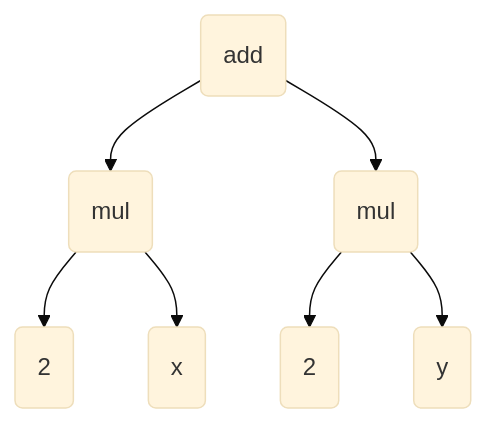
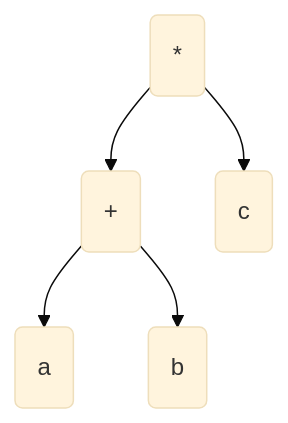
One commit to pengvyn/kavpix-code changed diagram 13 of 49 in src/essays/number-tree/essay.md. Above: the diagram before and after it, drawn with Mermaid (base theme). The commit also changed other lines of this file and 1 other file, not shown here.

````diff
--- a/src/essays/number-tree/essay.md
+++ b/src/essays/number-tree/essay.md
@@ -89,9 +254,7 @@
 ```mermaid
     graph TD;
-        add(add) --> mul(mul);
-        add --> mul2(mul);
-        mul --> 2(2);
-        mul --> x(x);
-        mul2 --> 2_2(2);
-        mul2 --> y(y);
+        mul(*) --> add(+);
+        mul --> c(c);
+        add --> a(a);
+        add --> b(b);
 ```
````
